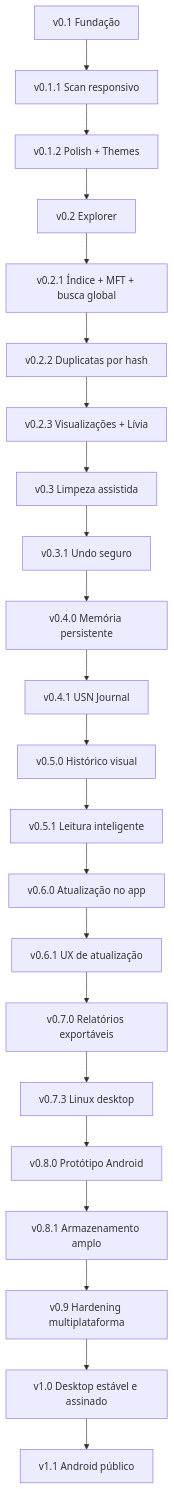
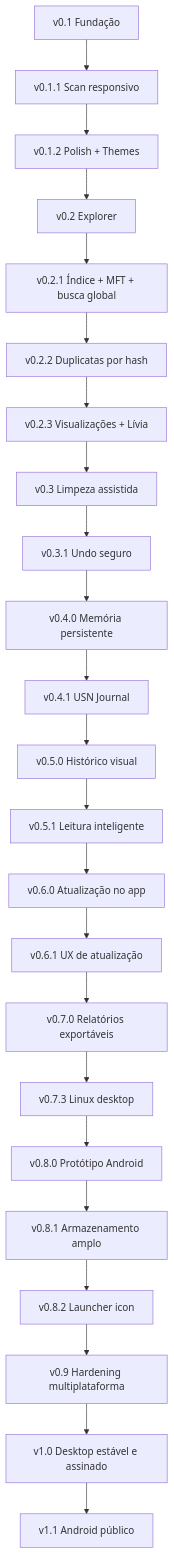
Before and after one commit to tombemol/L.I.V.I.A: diagram 13 of 13 in README.md, drawn with Mermaid. The commit also changed other lines of this file and 6 other files, not shown here.

````diff
--- a/README.md
+++ b/README.md
@@ -694,24 +709,25 @@
 ```mermaid
 flowchart TD
     A[v0.1 Fundação] --> B[v0.1.1 Scan responsivo]
     B --> C[v0.1.2 Polish + Themes]
     C --> D[v0.2 Explorer]
     D --> E[v0.2.1 Índice + MFT + busca global]
     E --> F[v0.2.2 Duplicatas por hash]
     F --> V[v0.2.3 Visualizações + Lívia]
     V --> G[v0.3 Limpeza assistida]
     G --> U[v0.3.1 Undo seguro]
     U --> M[v0.4.0 Memória persistente]
     M --> H[v0.4.1 USN Journal]
     H --> V5[v0.5.0 Histórico visual]
     V5 --> V51[v0.5.1 Leitura inteligente]
     V51 --> V6[v0.6.0 Atualização no app]
     V6 --> V61[v0.6.1 UX de atualização]
     V61 --> V7[v0.7.0 Relatórios exportáveis]
     V7 --> V73[v0.7.3 Linux desktop]
     V73 --> V8[v0.8.0 Protótipo Android]
     V8 --> V81[v0.8.1 Armazenamento amplo]
-    V81 --> V9[v0.9 Hardening multiplataforma]
+    V81 --> V82[v0.8.2 Launcher icon]
+    V82 --> V9[v0.9 Hardening multiplataforma]
     V9 --> I[v1.0 Desktop estável e assinado]
     I --> V11[v1.1 Android público]
 ```
````
